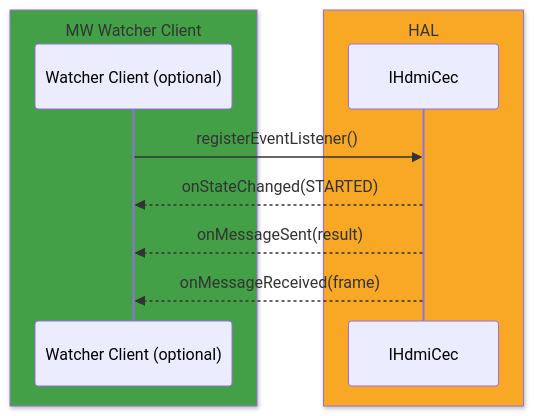
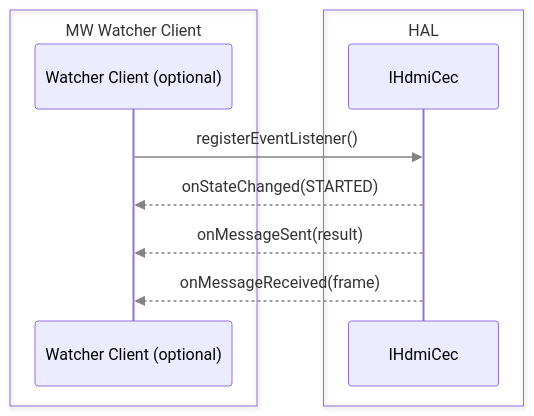
Before and after one commit to Blitzy-Sky/rdk-halif-aidl: the third of 3 diagrams in hdmicec/current/docs/hdmi_cec.md, drawn with Mermaid. The commit also changed other lines of this file and 7 other files, not shown here.

First line of the commit message:
docs(hdmicec): resolve QA findings in the CEC HAL migration mapping deliverable

````diff
--- a/hdmicec/current/docs/hdmi_cec.md
+++ b/hdmicec/current/docs/hdmi_cec.md
@@ -170,17 +179,20 @@
 ```mermaid
+%%{init: {"themeVariables":{"signalColor":"#838383"}}}%%
 sequenceDiagram
+    accTitle: Watcher Client runtime interaction with the CEC HAL
+    accDescr: The optional middleware Watcher Client calls registerEventListener on IHdmiCec. The HAL then delivers onStateChanged with state STARTED, onMessageSent with the transmit result, and onMessageReceived with a received frame.
     %% --- MW Watcher Client ---
-    box rgb(67,160,71) MW Watcher Client
+    box transparent MW Watcher Client
       participant W as Watcher Client (optional)
     end
 
     %% --- HAL ---
-    box rgb(249,168,37) HAL
+    box transparent HAL
       participant HAL as IHdmiCec
     end
 
   W->>HAL: registerEventListener()
   HAL-->>W: onStateChanged(STARTED)
   HAL-->>W: onMessageSent(result)
   HAL-->>W: onMessageReceived(frame)
 ```
````
